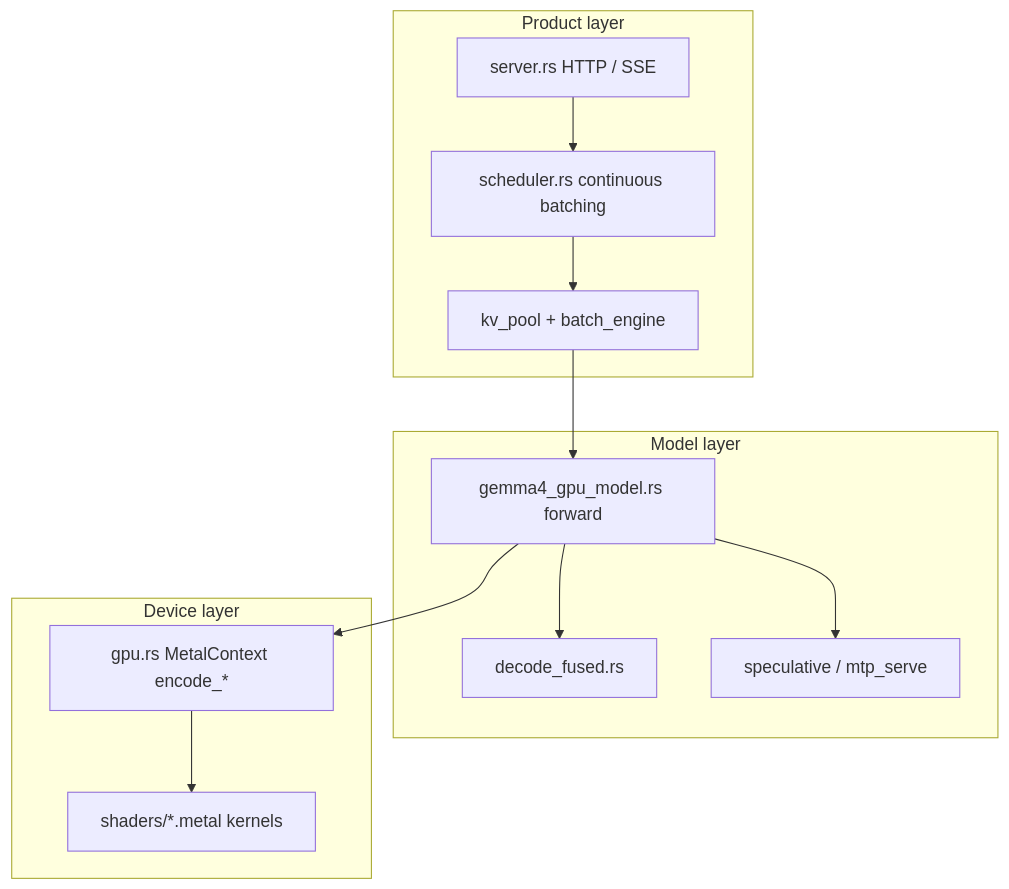
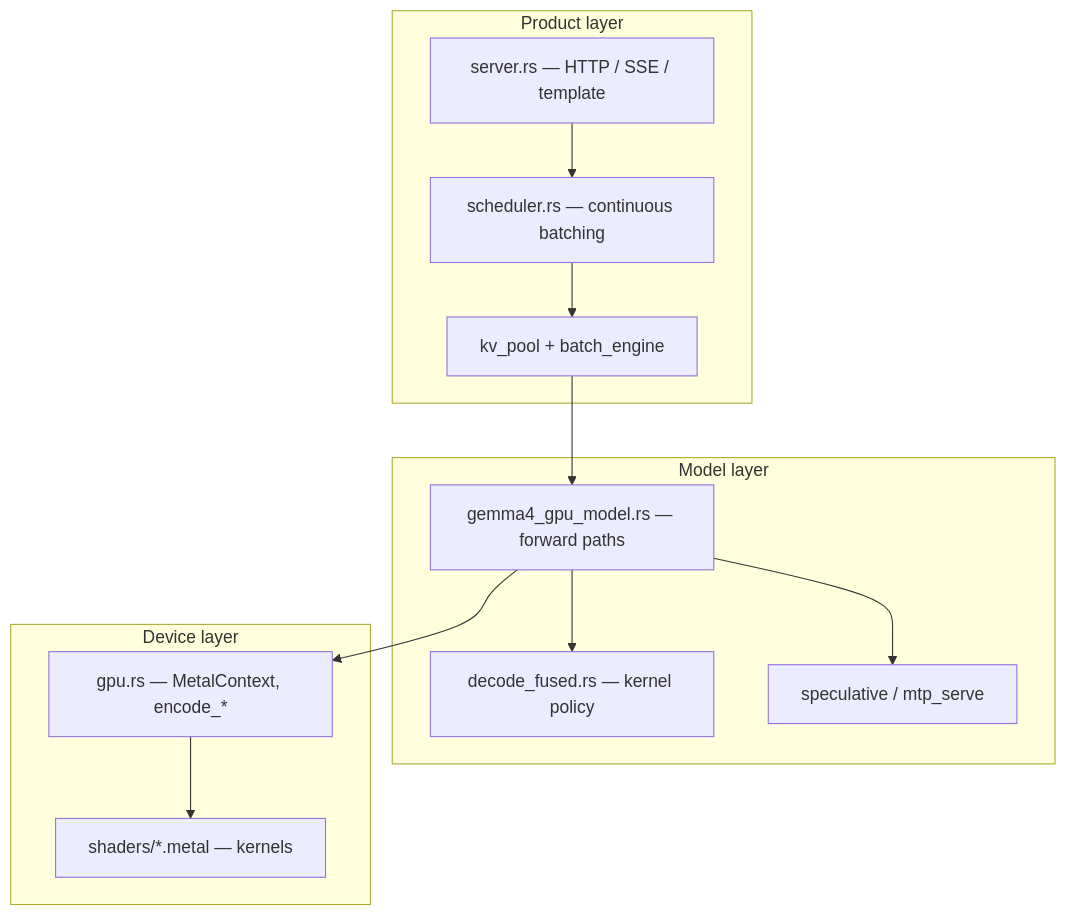
The diagram in docs/textbook/00_how_to_study.md (githubpradeep/metal-llm-server), drawn with Mermaid before and after one commit. The commit also changed other lines of this file and 22 other files, not shown here.

````diff
--- a/docs/textbook/00_how_to_study.md
+++ b/docs/textbook/00_how_to_study.md
@@ -55,21 +135,21 @@
 ```mermaid
 flowchart TB
   subgraph Product["Product layer"]
-    HTTP["server.rs HTTP / SSE"]
-    Sched["scheduler.rs continuous batching"]
+    HTTP["server.rs — HTTP / SSE / template"]
+    Sched["scheduler.rs — continuous batching"]
     Pool["kv_pool + batch_engine"]
   end
   subgraph Model["Model layer"]
-    G4["gemma4_gpu_model.rs forward"]
-    Fuse["decode_fused.rs"]
+    G4["gemma4_gpu_model.rs — forward paths"]
+    Fuse["decode_fused.rs — kernel policy"]
     MTP["speculative / mtp_serve"]
   end
   subgraph Device["Device layer"]
-    GPU["gpu.rs MetalContext encode_*"]
-    SH["shaders/*.metal kernels"]
+    GPU["gpu.rs — MetalContext, encode_*"]
+    SH["shaders/*.metal — kernels"]
   end
   HTTP --> Sched --> Pool --> G4
   G4 --> Fuse
   G4 --> MTP
   G4 --> GPU --> SH
 ```
````
